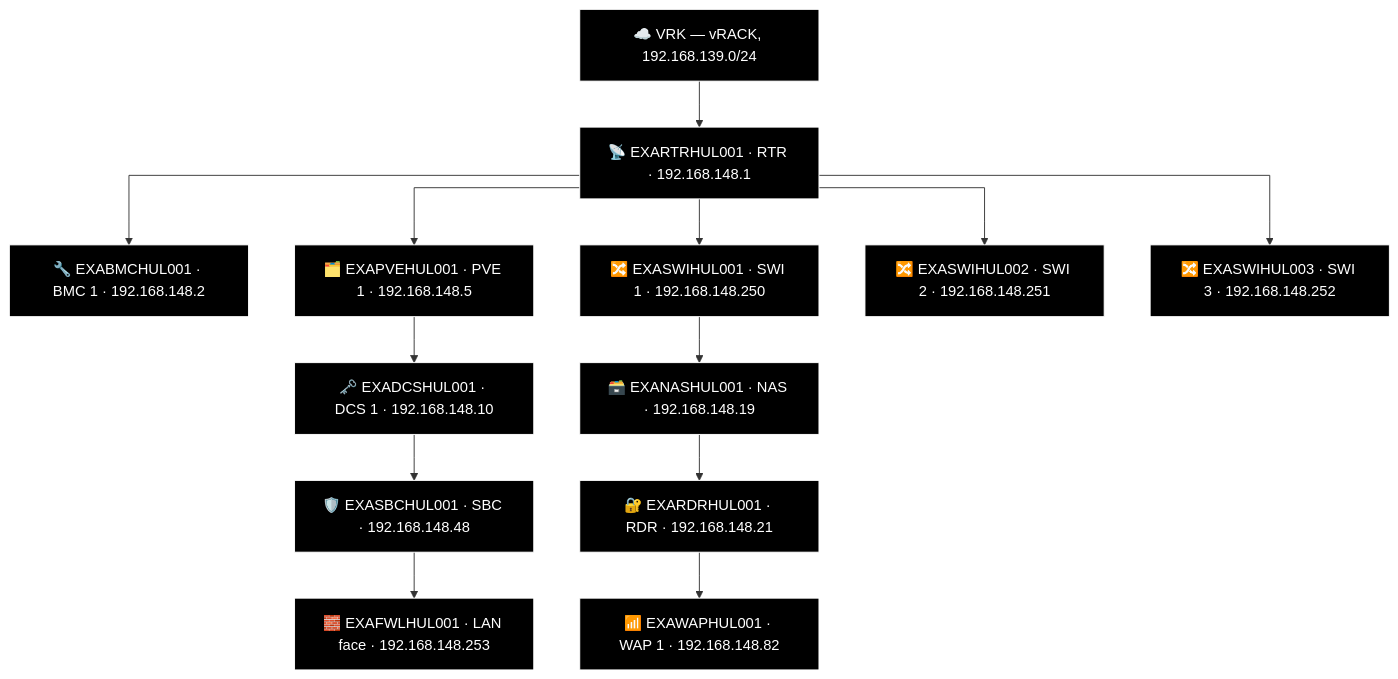
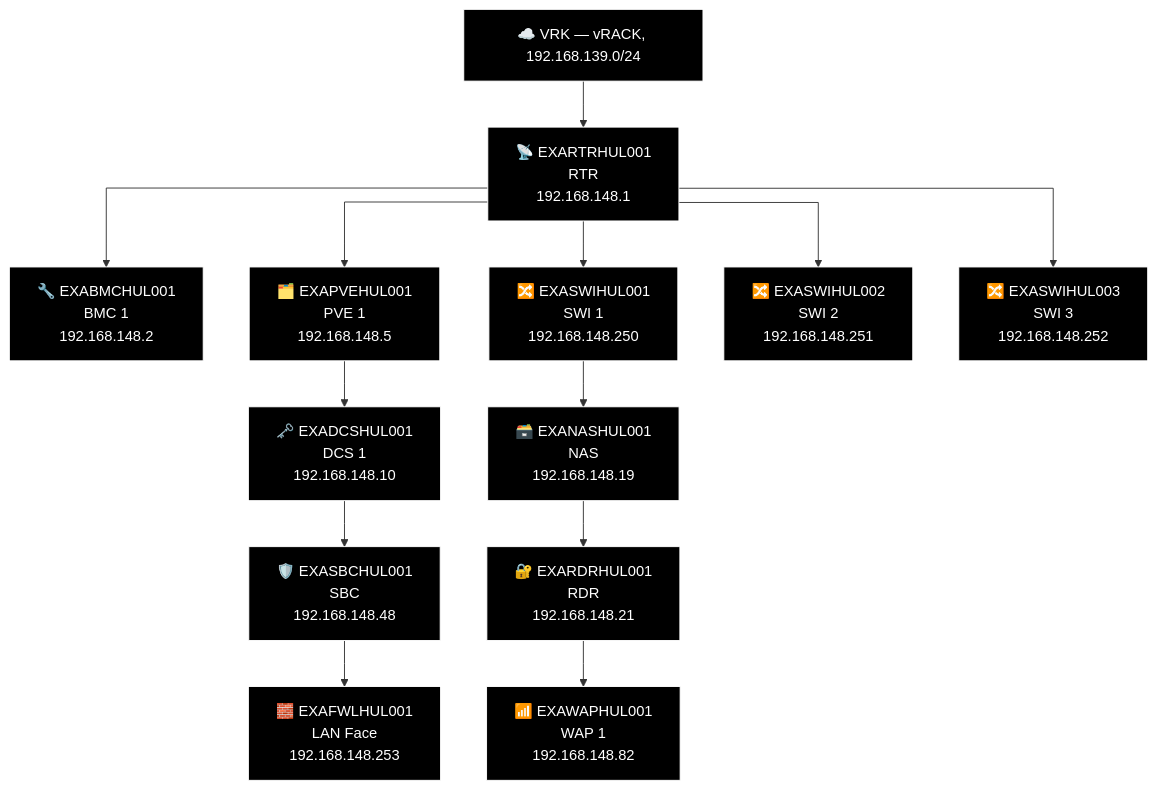
One commit to knightmare2600/example_music_infra changed diagram 16 of 18 in docs/network-diagram/england.md. Above: the diagram before and after it, drawn with Mermaid. The commit also changed other lines of this file and 18 other files, not shown here.

````diff
--- a/docs/network-diagram/england.md
+++ b/docs/network-diagram/england.md
@@ -667,40 +667,40 @@
 ```mermaid
 %% GENERATED:TOPOLOGY:HUL:START
 %%{init: {'flowchart': {'curve': 'stepAfter'}}}%%
 graph TD
     T_VRK["☁️ VRK — vRACK, 192.168.139.0/24"]
-    T_RTR["📡 EXARTRHUL001 · RTR · 192.168.148.1"]
+    T_RTR["📡 EXARTRHUL001<br/>RTR<br/>192.168.148.1"]
     T_VRK --> T_RTR
-    T_BMC["🔧 EXABMCHUL001 · BMC 1 · 192.168.148.2"]
+    T_BMC["🔧 EXABMCHUL001<br/>BMC 1<br/>192.168.148.2"]
     T_RTR --> T_BMC
-    T_PVE["🗂️ EXAPVEHUL001 · PVE 1 · 192.168.148.5"]
+    T_PVE["🗂️ EXAPVEHUL001<br/>PVE 1<br/>192.168.148.5"]
     T_RTR --> T_PVE
-    T_SWI["🔀 EXASWIHUL001 · SWI 1 · 192.168.148.250"]
+    T_SWI["🔀 EXASWIHUL001<br/>SWI 1<br/>192.168.148.250"]
     T_RTR --> T_SWI
-    T_SWI2["🔀 EXASWIHUL002 · SWI 2 · 192.168.148.251"]
+    T_SWI2["🔀 EXASWIHUL002<br/>SWI 2<br/>192.168.148.251"]
     T_RTR --> T_SWI2
-    T_SWI3["🔀 EXASWIHUL003 · SWI 3 · 192.168.148.252"]
+    T_SWI3["🔀 EXASWIHUL003<br/>SWI 3<br/>192.168.148.252"]
     T_RTR --> T_SWI3
-    T_NAS["🗃️ EXANASHUL001 · NAS · 192.168.148.19"]
-    T_RDR["🔐 EXARDRHUL001 · RDR · 192.168.148.21"]
-    T_WAP["📶 EXAWAPHUL001 · WAP 1 · 192.168.148.82"]
+    T_NAS["🗃️ EXANASHUL001<br/>NAS<br/>192.168.148.19"]
+    T_RDR["🔐 EXARDRHUL001<br/>RDR<br/>192.168.148.21"]
+    T_WAP["📶 EXAWAPHUL001<br/>WAP 1<br/>192.168.148.82"]
     T_SWI --> T_NAS --> T_RDR --> T_WAP
-    T_DCS["🗝️ EXADCSHUL001 · DCS 1 · 192.168.148.10"]
-    T_SBC["🛡️ EXASBCHUL001 · SBC · 192.168.148.48"]
-    T_FWL["🧱 EXAFWLHUL001 · LAN face · 192.168.148.253"]
+    T_DCS["🗝️ EXADCSHUL001<br/>DCS 1<br/>192.168.148.10"]
+    T_SBC["🛡️ EXASBCHUL001<br/>SBC<br/>192.168.148.48"]
+    T_FWL["🧱 EXAFWLHUL001<br/>LAN Face<br/>192.168.148.253"]
     T_PVE --> T_DCS --> T_SBC --> T_FWL
     style T_VRK fill:#000000,stroke:#FFFFFF,color:#FFFFFF
     style T_RTR fill:#000000,stroke:#FFFFFF,color:#FFFFFF
     style T_BMC fill:#000000,stroke:#FFFFFF,color:#FFFFFF
     style T_PVE fill:#000000,stroke:#FFFFFF,color:#FFFFFF
     style T_SWI fill:#000000,stroke:#FFFFFF,color:#FFFFFF
     style T_SWI2 fill:#000000,stroke:#FFFFFF,color:#FFFFFF
     style T_SWI3 fill:#000000,stroke:#FFFFFF,color:#FFFFFF
     style T_NAS fill:#000000,stroke:#FFFFFF,color:#FFFFFF
     style T_RDR fill:#000000,stroke:#FFFFFF,color:#FFFFFF
     style T_WAP fill:#000000,stroke:#FFFFFF,color:#FFFFFF
     style T_DCS fill:#000000,stroke:#FFFFFF,color:#FFFFFF
     style T_SBC fill:#000000,stroke:#FFFFFF,color:#FFFFFF
     style T_FWL fill:#000000,stroke:#FFFFFF,color:#FFFFFF
 %% GENERATED:TOPOLOGY:HUL:END
 ```
````
